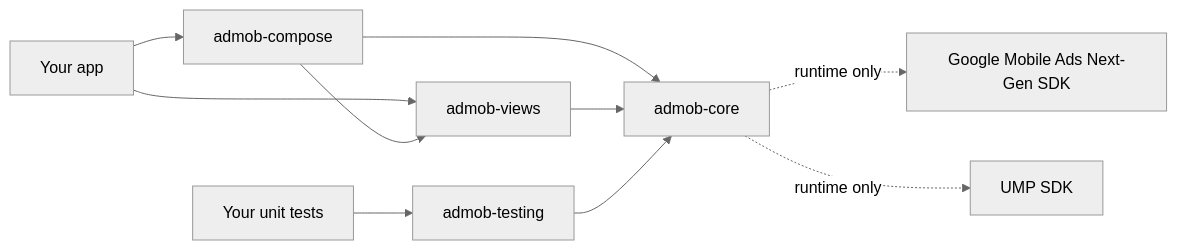
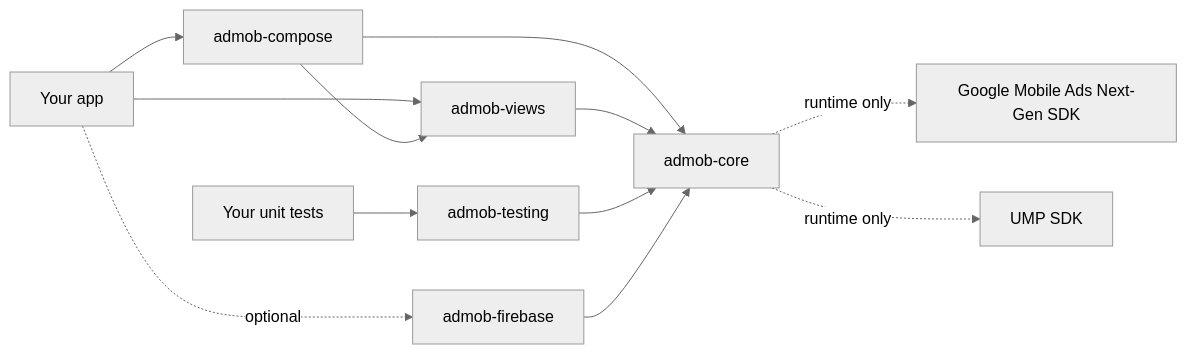
Before and after one commit to TheSobiaAkbar/Adroit: the first of 2 diagrams in docs/ARCHITECTURE.md, drawn with Mermaid (neutral theme). The commit also changed other lines of this file and 23 other files, not shown here.

First line of the commit message:
feat(firebase): optional Firebase Remote Config and Analytics module (PROMPT 24)

````diff
--- a/docs/ARCHITECTURE.md
+++ b/docs/ARCHITECTURE.md
@@ -9,11 +9,12 @@
 ```mermaid
 flowchart LR
   app[Your app] --> compose[admob-compose]
   app --> views[admob-views]
   compose --> views
   compose --> core[admob-core]
   views --> core
   core -. runtime only .-> gma[Google Mobile Ads Next-Gen SDK]
   core -. runtime only .-> ump[UMP SDK]
   tests[Your unit tests] --> testing[admob-testing] --> core
+  app -. optional .-> firebase[admob-firebase] --> core
 ```
````
